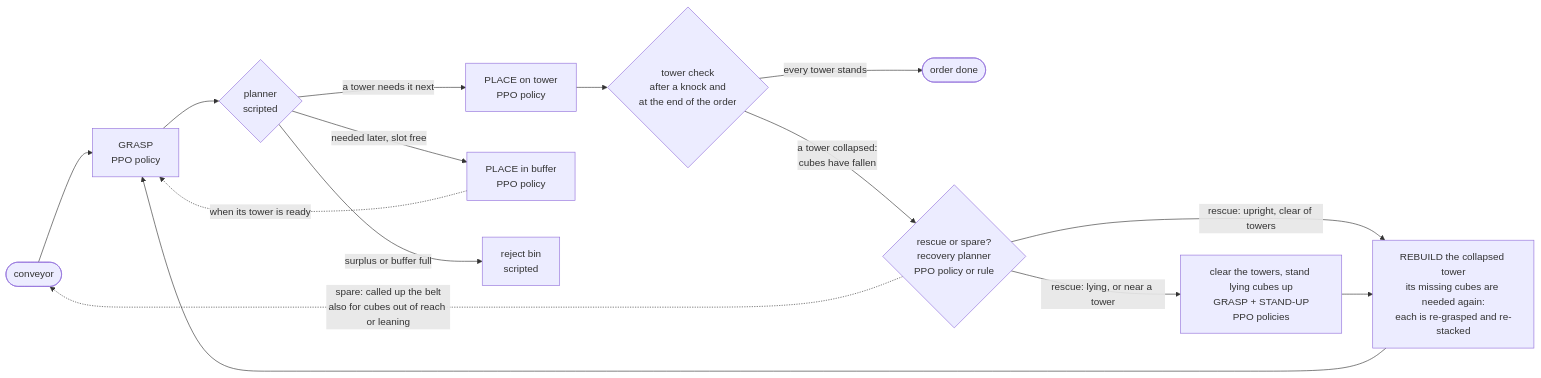
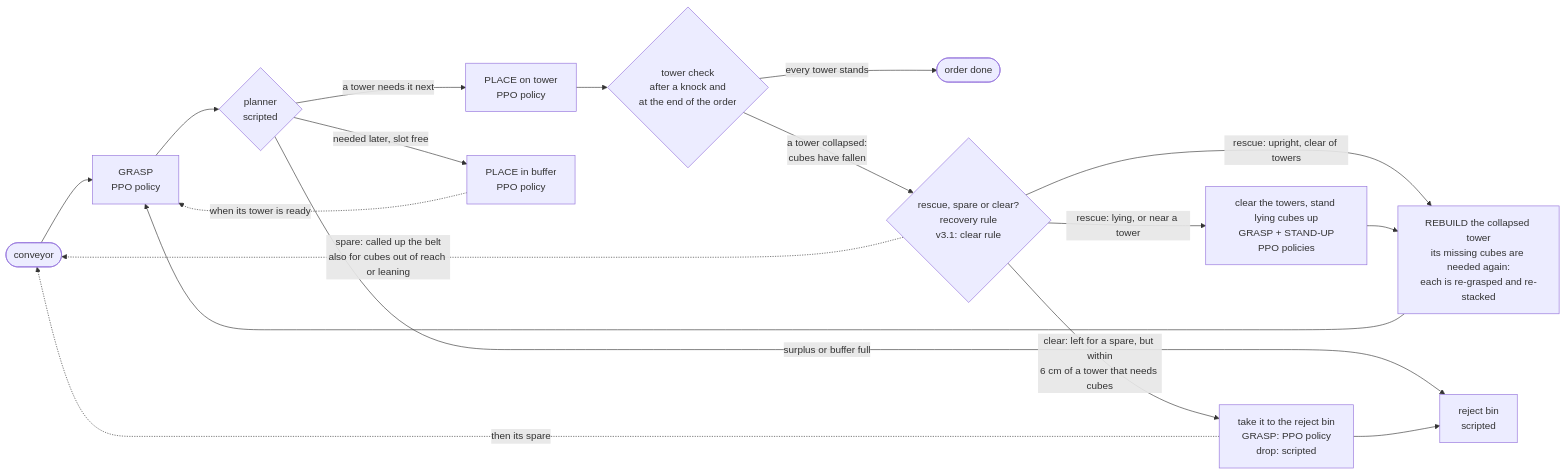
Before and after one commit to Abdullah-Muz/polypanda: the diagram in README.md, drawn with Mermaid. The commit also changed other lines of this file and 8 other files, not shown here.

````diff
--- a/README.md
+++ b/README.md
@@ -81,17 +100,20 @@
 ```mermaid
 flowchart LR
     I([conveyor]) --> G[GRASP<br/>PPO policy]
     G --> P{planner<br/>scripted}
     P -- "a tower needs it next" --> T[PLACE on tower<br/>PPO policy]
     P -- "needed later, slot free" --> B[PLACE in buffer<br/>PPO policy]
     P -- "surplus or buffer full" --> R[reject bin<br/>scripted]
     B -. "when its tower is ready" .-> G
     T --> C{tower check<br/>after a knock and<br/>at the end of the order}
     C -- "every tower stands" --> D([order done])
-    C -- "a tower collapsed:<br/>cubes have fallen" --> Q{rescue or spare?<br/>recovery planner<br/>PPO policy or rule}
+    C -- "a tower collapsed:<br/>cubes have fallen" --> Q{rescue, spare or clear?<br/>recovery rule<br/>v3.1: clear rule}
     Q -- "rescue: lying, or near a tower" --> S[clear the towers, stand lying cubes up<br/>GRASP + STAND-UP<br/>PPO policies]
     Q -- "rescue: upright, clear of towers" --> RB
     S --> RB[REBUILD the collapsed tower<br/>its missing cubes are needed again:<br/>each is re-grasped and re-stacked]
     RB --> G
+    Q -- "clear: left for a spare, but within<br/>6 cm of a tower that needs cubes" --> X[take it to the reject bin<br/>GRASP: PPO policy<br/>drop: scripted]
+    X --> R
+    X -. "then its spare" .-> I
     Q -. "spare: called up the belt<br/>also for cubes out of reach or leaning" .-> I
 ```
````
